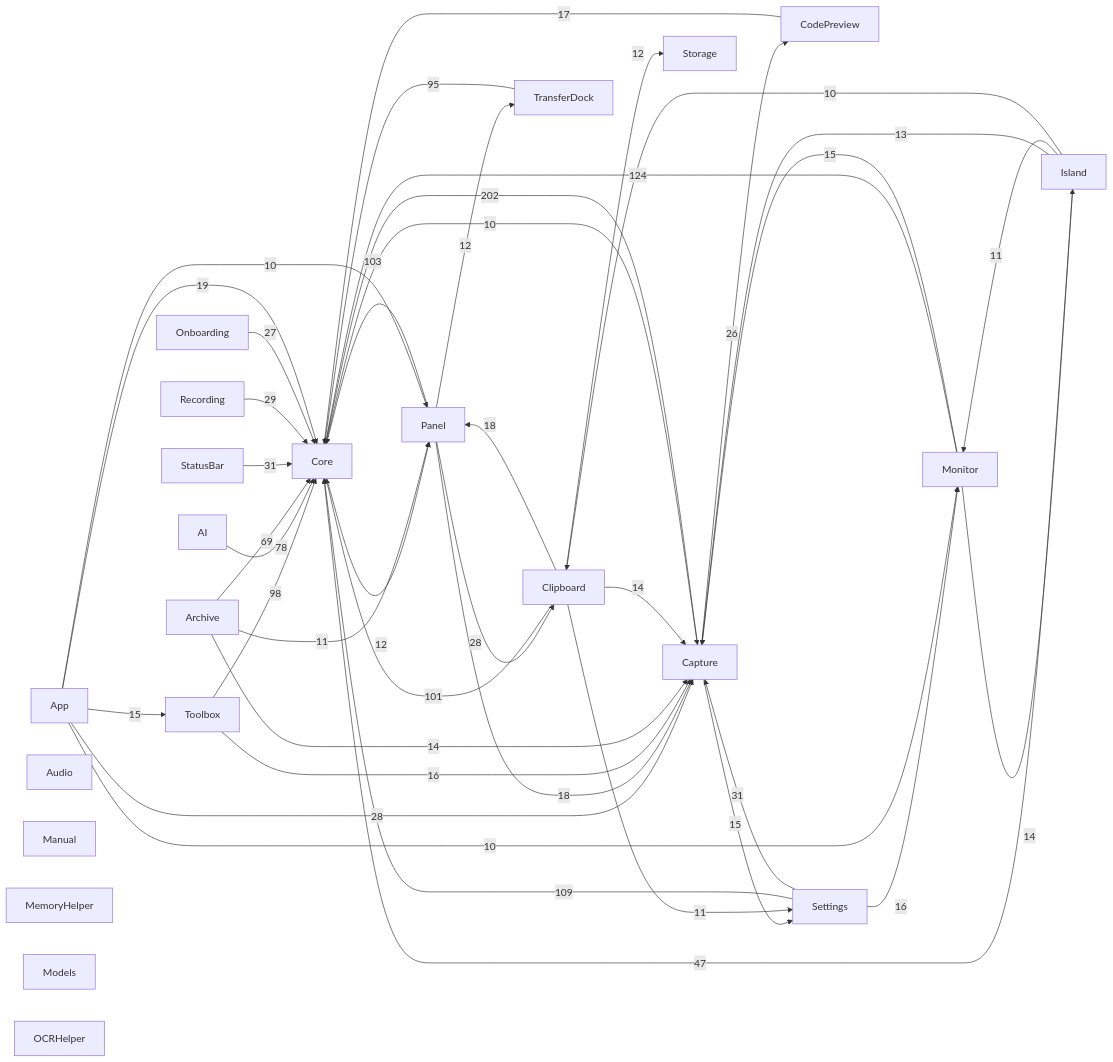
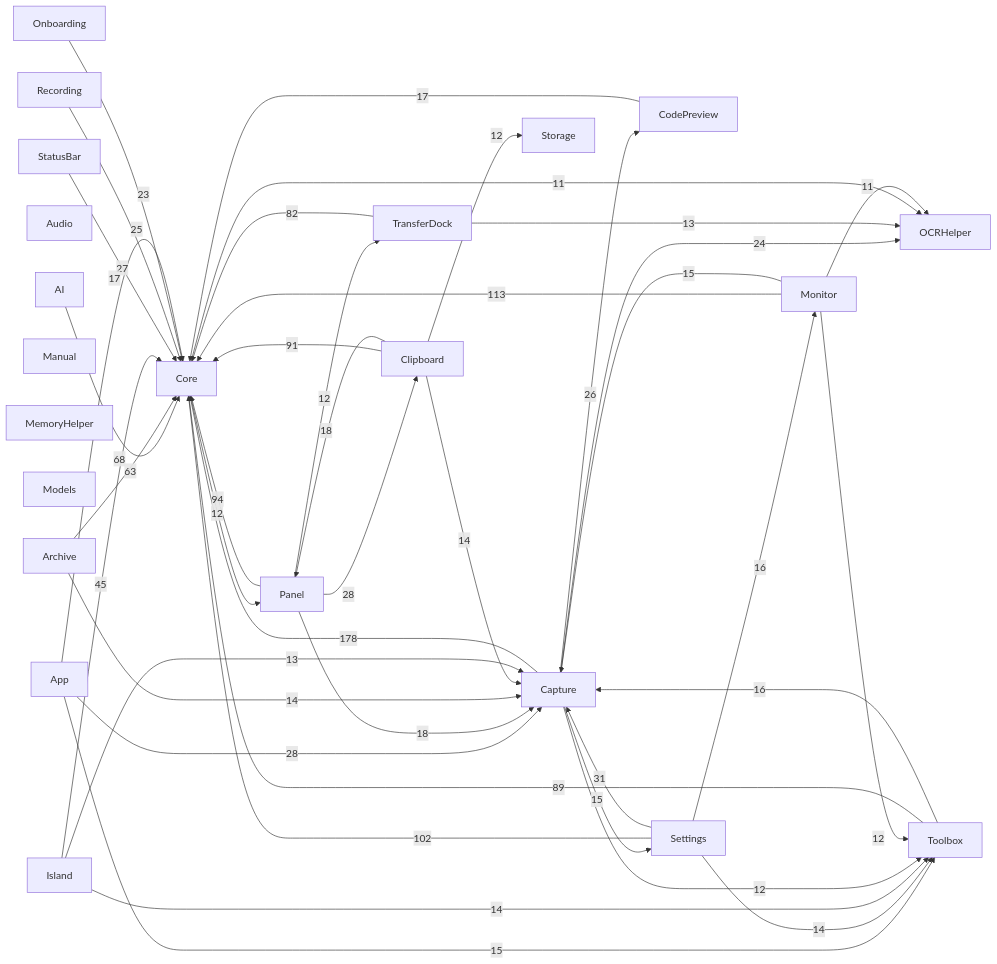
Before and after one commit to sxyq/Kitnest: the diagram in docs/00-总览/模块依赖图.md, drawn with Mermaid. The commit also changed other lines of this file and 6 other files, not shown here.

````diff
--- a/docs/00-总览/模块依赖图.md
+++ b/docs/00-总览/模块依赖图.md
@@ -36,65 +36,65 @@
 ```mermaid
 flowchart LR
   M0["AI"]
   M1["App"]
   M2["Archive"]
   M3["Audio"]
   M4["Capture"]
   M5["Clipboard"]
   M6["CodePreview"]
   M7["Core"]
   M8["Island"]
   M9["Manual"]
   M10["MemoryHelper"]
   M11["Models"]
   M12["Monitor"]
   M13["OCRHelper"]
   M14["Onboarding"]
   M15["Panel"]
   M16["Recording"]
   M17["Settings"]
   M18["StatusBar"]
   M19["Storage"]
   M20["Toolbox"]
   M21["TransferDock"]
-  M4 -->|202| M7
-  M12 -->|124| M7
-  M17 -->|109| M7
-  M15 -->|103| M7
-  M5 -->|101| M7
-  M20 -->|98| M7
-  M21 -->|95| M7
-  M0 -->|78| M7
-  M2 -->|69| M7
-  M8 -->|47| M7
+  M4 -->|178| M7
+  M12 -->|113| M7
+  M17 -->|102| M7
+  M15 -->|94| M7
+  M5 -->|91| M7
+  M20 -->|89| M7
+  M21 -->|82| M7
+  M0 -->|68| M7
+  M2 -->|63| M7
+  M8 -->|45| M7
   M17 -->|31| M4
-  M18 -->|31| M7
-  M16 -->|29| M7
   M1 -->|28| M4
   M15 -->|28| M5
-  M14 -->|27| M7
+  M18 -->|27| M7
   M4 -->|26| M6
-  M1 -->|19| M7
+  M16 -->|25| M7
+  M4 -->|24| M13
+  M14 -->|23| M7
+  M15 -->|18| M4
   M5 -->|18| M15
-  M15 -->|18| M4
+  M1 -->|17| M7
   M6 -->|17| M7
   M17 -->|16| M12
   M20 -->|16| M4
   M1 -->|15| M20
   M4 -->|15| M17
   M12 -->|15| M4
+  M17 -->|14| M20
   M2 -->|14| M4
+  M8 -->|14| M20
   M5 -->|14| M4
-  M12 -->|14| M8
   M8 -->|13| M4
+  M21 -->|13| M13
   M7 -->|12| M15
+  M4 -->|12| M20
+  M12 -->|12| M20
+  M15 -->|12| M21
   M5 -->|12| M19
-  M15 -->|12| M21
-  M2 -->|11| M15
-  M5 -->|11| M17
-  M8 -->|11| M12
-  M1 -->|10| M15
-  M1 -->|10| M12
-  M7 -->|10| M4
-  M8 -->|10| M5
+  M7 -->|11| M13
+  M12 -->|11| M13
 ```
````
